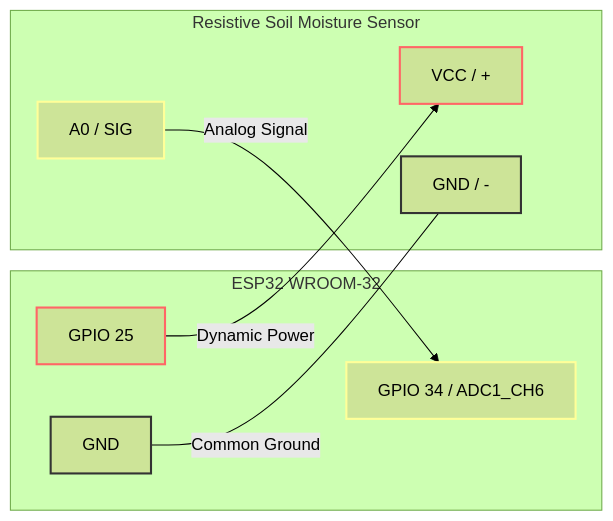
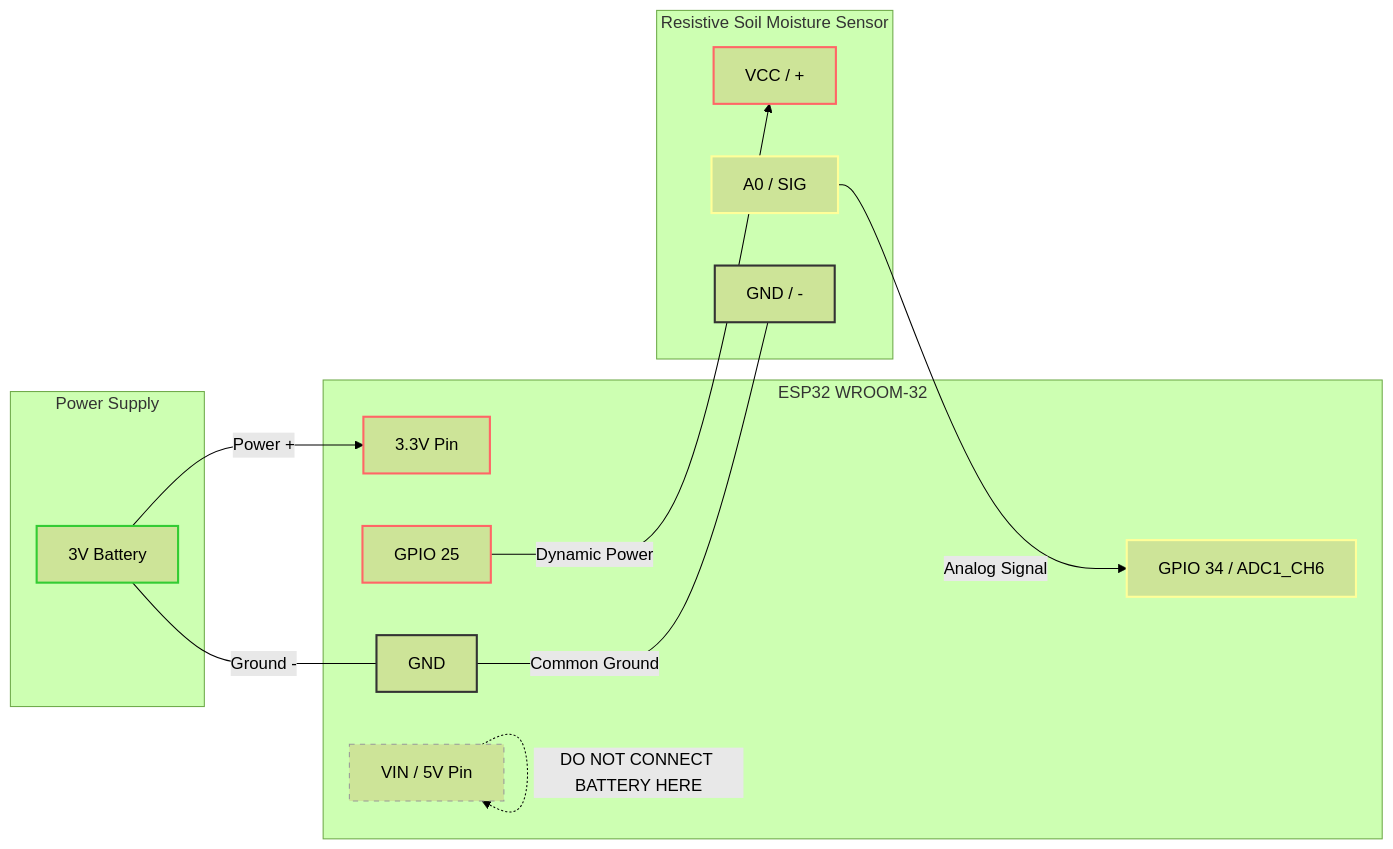
The diagram in main/schematic.mmd (Lee-YiSheng/soillog), drawn with Mermaid (forest theme) before and after one commit. The commit also changed 4 other files, not shown here.

Commit message:
schematic updates

```diff
--- a/main/schematic.mmd
+++ b/main/schematic.mmd
@@ -1,23 +1,41 @@
 graph LR
+    subgraph Power Supply
+        BATT[3V Battery]
+    end
+
     subgraph ESP32 WROOM-32
+        V33[3.3V Pin]
+        VIN[VIN / 5V Pin]
         G25[GPIO 25]
         G34[GPIO 34 / ADC1_CH6]
         GND_ESP[GND]
     end
 
     subgraph Resistive Soil Moisture Sensor
         VCC[VCC / +]
         SIG[A0 / SIG]
         GND_SEN[GND / -]
     end
 
+    %% Battery Connections
+    BATT -->|Power +| V33
+    BATT ---|Ground -| GND_ESP
+    
+    %% Note to explicitly state NOT to use VIN
+    VIN -.->|DO NOT CONNECT BATTERY HERE| VIN
+
+    %% Sensor Connections
     G25 -->|Dynamic Power| VCC
     SIG -->|Analog Signal| G34
     GND_ESP ---|Common Ground| GND_SEN
     
+    %% Styling
+    style BATT stroke:#3c3,stroke-width:2px
+    style V33 stroke:#f66,stroke-width:2px
+    style VIN stroke:#999,stroke-width:1px,stroke-dasharray: 5 5
     style G25 stroke:#f66,stroke-width:2px
     style VCC stroke:#f66,stroke-width:2px
     style G34 stroke:#ff9,stroke-width:2px
     style SIG stroke:#ff9,stroke-width:2px
     style GND_ESP stroke:#333,stroke-width:2px
     style GND_SEN stroke:#333,stroke-width:2px
```
